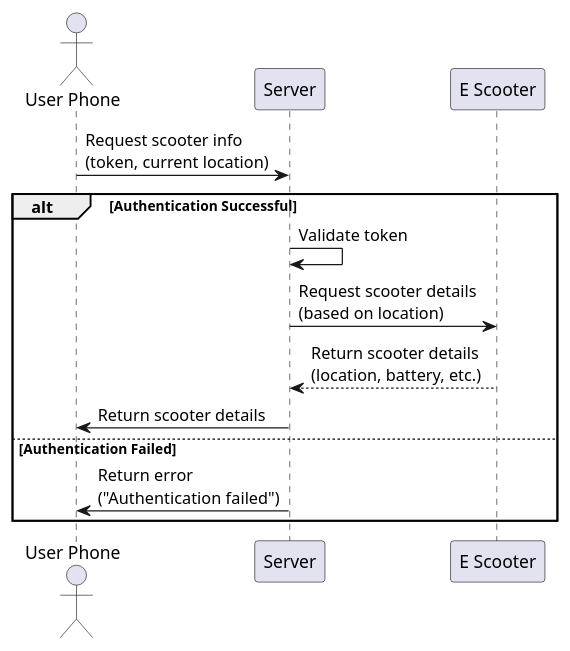
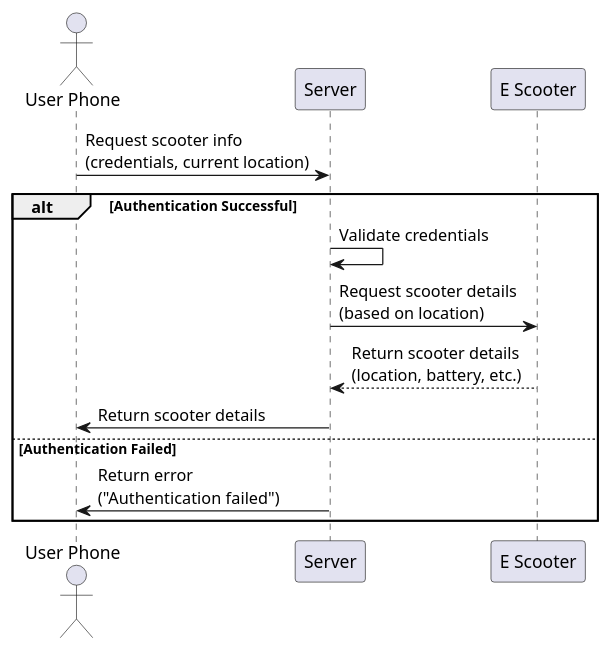
One commit to SverreNystad/communication-systems changed the diagram in docs/diagrams/scooter-information.puml. Above: the diagram before and after it, drawn with PlantUML. The commit also changed 2 other files, not shown here.

Commit message:
docs: Update sequence diagrams to improve

```diff
--- a/docs/diagrams/scooter-information.puml
+++ b/docs/diagrams/scooter-information.puml
@@ -1,15 +1,15 @@
 @startuml
 actor "User Phone" as UserPhone
 participant "Server" as Server
 participant "E Scooter" as EScooter
 
-UserPhone -> Server: Request scooter info\n(token, current location)
+UserPhone -> Server: Request scooter info\n(credentials, current location)
 alt Authentication Successful
-    Server -> Server: Validate token
+    Server -> Server: Validate credentials
     Server -> EScooter: Request scooter details\n(based on location)
     EScooter --> Server: Return scooter details\n(location, battery, etc.)
     Server -> UserPhone: Return scooter details
 else Authentication Failed
     Server -> UserPhone: Return error\n("Authentication failed")
 end alt
 @enduml
```
